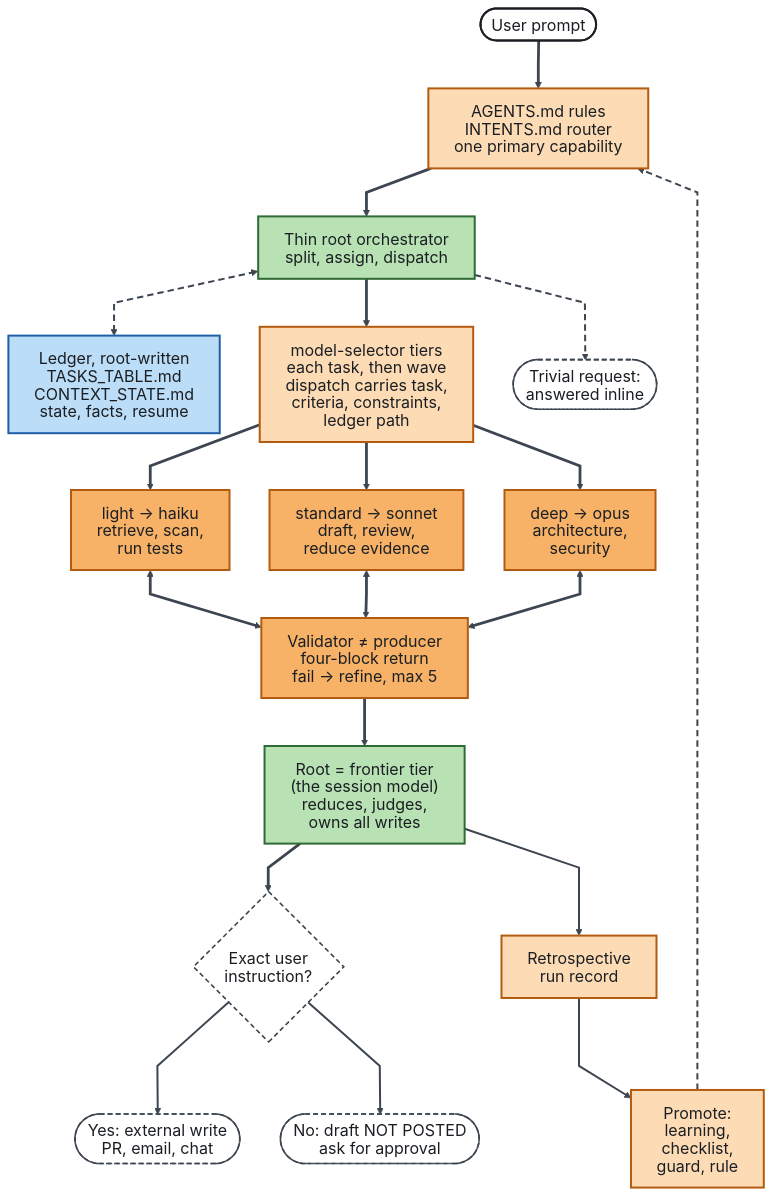
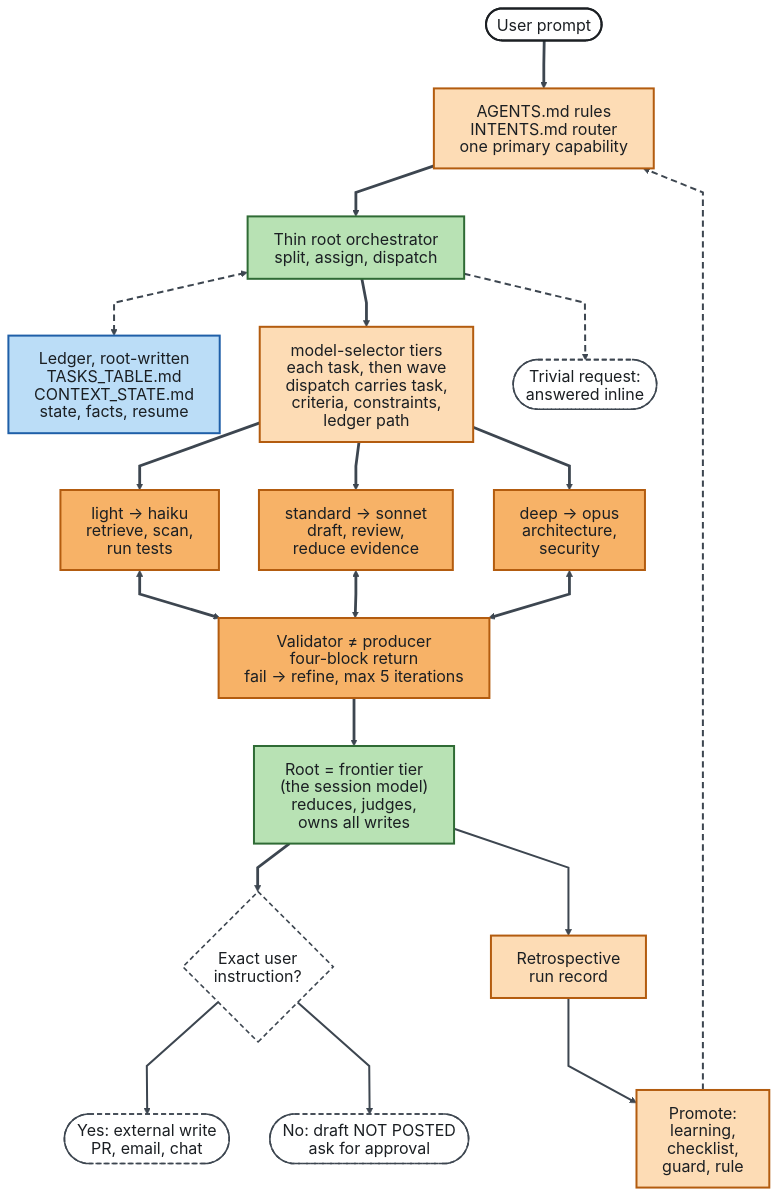
The diagram in docs/diagrams/fig1-orchestrator-architecture.mmd (enok/llm-toolkit-project), drawn with Mermaid before and after one commit. The commit also changed 5 other files, not shown here.

First line of the commit message:
docs(diagrams): label the quality loop as max 5 iterations

```diff
--- a/docs/diagrams/fig1-orchestrator-architecture.mmd
+++ b/docs/diagrams/fig1-orchestrator-architecture.mmd
@@ -1,53 +1,53 @@
 %%{init: {"theme": "base", "themeVariables": {"fontFamily": "Arial, Helvetica, sans-serif", "fontSize": "20px", "background": "#FFFFFF", "primaryColor": "#FFFFFF", "primaryBorderColor": "#1B1F23", "primaryTextColor": "#1B1F23", "secondaryColor": "#FDDCB5", "tertiaryColor": "#F5F7FA", "lineColor": "#3D4650", "textColor": "#1B1F23", "mainBkg": "#FFFFFF", "nodeBorder": "#1B1F23", "clusterBkg": "#F5F7FA", "clusterBorder": "#9AA5B1", "edgeLabelBackground": "#FFFFFF", "noteBkgColor": "#FFF6D6", "noteBorderColor": "#B8860B", "noteTextColor": "#1B1F23", "actorBkg": "#B8E2B4", "actorBorder": "#2F6B35", "actorTextColor": "#1B1F23", "actorLineColor": "#7A8794", "signalColor": "#3D4650", "signalTextColor": "#1B1F23", "labelBoxBkgColor": "#F5F7FA", "labelBoxBorderColor": "#7A8794", "labelTextColor": "#1B1F23", "loopTextColor": "#1B1F23", "activationBkgColor": "#DDEFDB", "activationBorderColor": "#2F6B35", "sequenceNumberColor": "#FFFFFF", "classText": "#1B1F23"}, "htmlLabels": false, "flowchart": {"wrappingWidth": 320, "curve": "linear", "nodeSpacing": 50, "rankSpacing": 60, "padding": 16, "htmlLabels": false}, "sequence": {"actorMargin": 50, "messageMargin": 38, "boxMargin": 10, "noteMargin": 10, "mirrorActors": false, "useMaxWidth": false}, "class": {"padding": 12, "htmlLabels": false}, "fontFamily": "Arial, Helvetica, sans-serif"}}%%
 flowchart TB
     U(["User prompt"])
     RI["AGENTS.md rules<br/>INTENTS.md router<br/>one primary capability"]
     O["Thin root orchestrator<br/>split, assign, dispatch"]
     C["Ledger, root-written<br/>TASKS_TABLE.md<br/>CONTEXT_STATE.md<br/>state, facts, resume"]
     M["model-selector tiers<br/>each task, then wave<br/>dispatch carries task,<br/>criteria, constraints,<br/>ledger path"]
     T(["Trivial request:<br/>answered inline"])
     L1["light → haiku<br/>retrieve, scan,<br/>run tests"]
     L2["standard → sonnet<br/>draft, review,<br/>reduce evidence"]
     L3["deep → opus<br/>architecture,<br/>security"]
-    V["Validator ≠ producer<br/>four-block return<br/>fail → refine, max 5"]
+    V["Validator ≠ producer<br/>four-block return<br/>fail → refine, max 5 iterations"]
     X["Root = frontier tier<br/>(the session model)<br/>reduces, judges,<br/>owns all writes"]
     G{"Exact user<br/>instruction?"}
     E(["Yes: external write<br/>PR, email, chat"])
     N(["No: draft NOT POSTED<br/>ask for approval"])
     R["Retrospective<br/>run record"]
     P["Promote:<br/>learning,<br/>checklist,<br/>guard, rule"]
 
     U ==> RI
     RI ==> O
     O <-.-> C
     O ==> M
     O -.-> T
     M ==> L1
     M ==> L2
     M ==> L3
     L1 <==> V
     L2 <==> V
     L3 <==> V
     V ==> X
     X ==> G
     G --> E
     G --> N
     X --> R
     R --> P
     P -.-> RI
 
     classDef client fill:#FFFFFF,stroke:#1B1F23,stroke-width:2.5px,color:#1B1F23
     classDef context fill:#B8E2B4,stroke:#2F6B35,stroke-width:2.5px,color:#1B1F23
     classDef strategy fill:#FDDCB5,stroke:#B35C0F,stroke-width:2.5px,color:#1B1F23
     classDef concrete fill:#F7B267,stroke:#B35C0F,stroke-width:2.5px,color:#1B1F23
     classDef data fill:#BBDDF7,stroke:#1F5FA8,stroke-width:2.5px,color:#1B1F23
     classDef external fill:#FFFFFF,stroke:#3D4650,stroke-width:2px,stroke-dasharray:6 4,color:#1B1F23
 
     class U client
     class O,X context
     class RI,M,R,P strategy
     class L1,L2,L3,V concrete
     class C data
     class T,G,E,N external
     linkStyle 13,14,15,16 stroke-width:2.5px
     linkStyle 2,4,17 stroke-width:2.5px,stroke-dasharray:8 5
```
